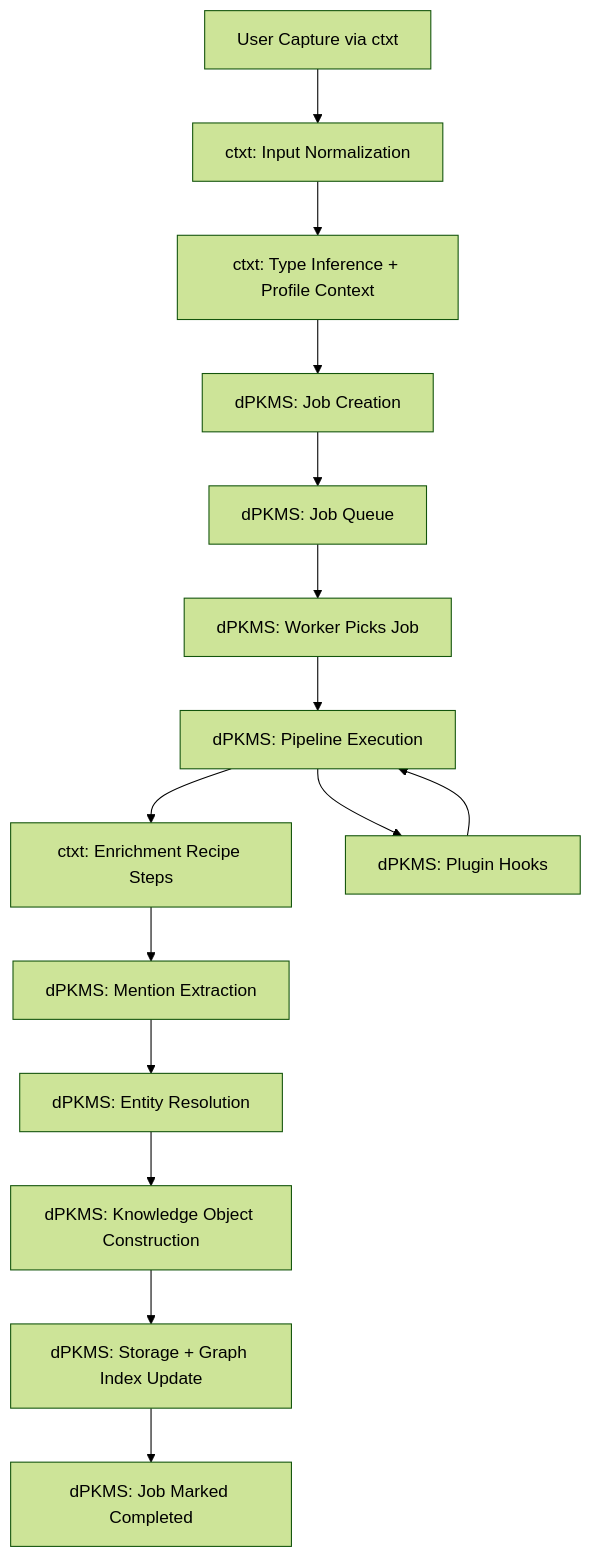
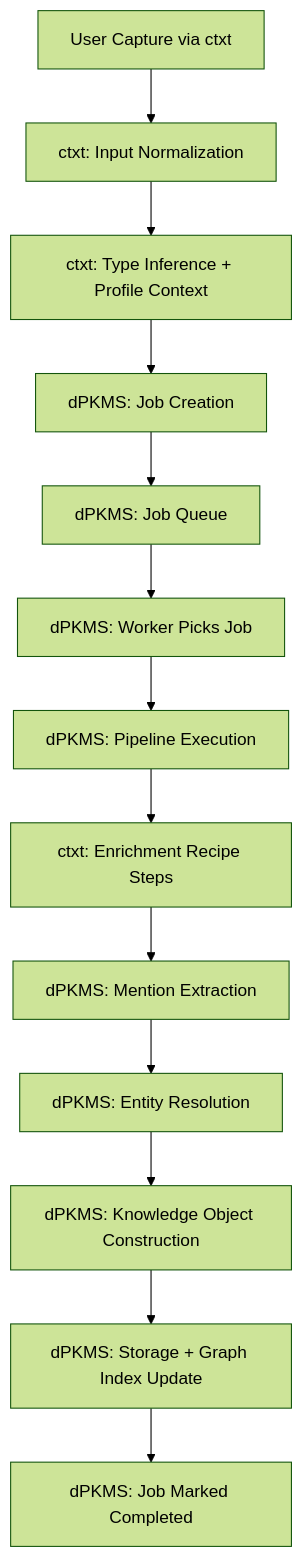
One commit to ContextHelp/ContextHelp changed the third of 5 diagrams in docs/architecture.md. Above: the diagram before and after it, drawn with Mermaid (forest theme). The commit also changed other lines of this file and 152 other files, not shown here.

````diff
--- a/docs/architecture.md
+++ b/docs/architecture.md
@@ -1031,17 +944,15 @@
 ```mermaid
 flowchart TD
     A[User Capture via ctxt] --> B[ctxt: Input Normalization]
     B --> C[ctxt: Type Inference + Profile Context]
     C --> D[dPKMS: Job Creation]
     D --> E[dPKMS: Job Queue]
     E --> F[dPKMS: Worker Picks Job]
     F --> G[dPKMS: Pipeline Execution]
     G --> H[ctxt: Enrichment Recipe Steps]
     H --> I[dPKMS: Mention Extraction]
     I --> J[dPKMS: Entity Resolution]
     J --> K[dPKMS: Knowledge Object Construction]
     K --> L[dPKMS: Storage + Graph Index Update]
     L --> M[dPKMS: Job Marked Completed]
-    G --> N[dPKMS: Plugin Hooks]
-    N --> G
 ```
````
